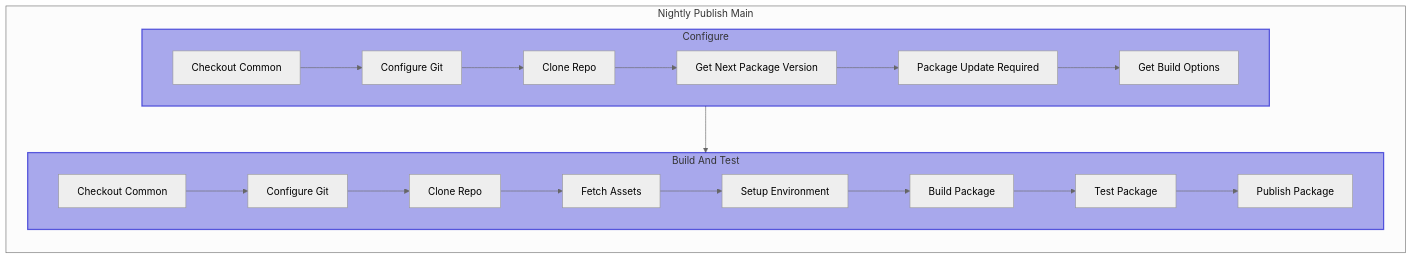
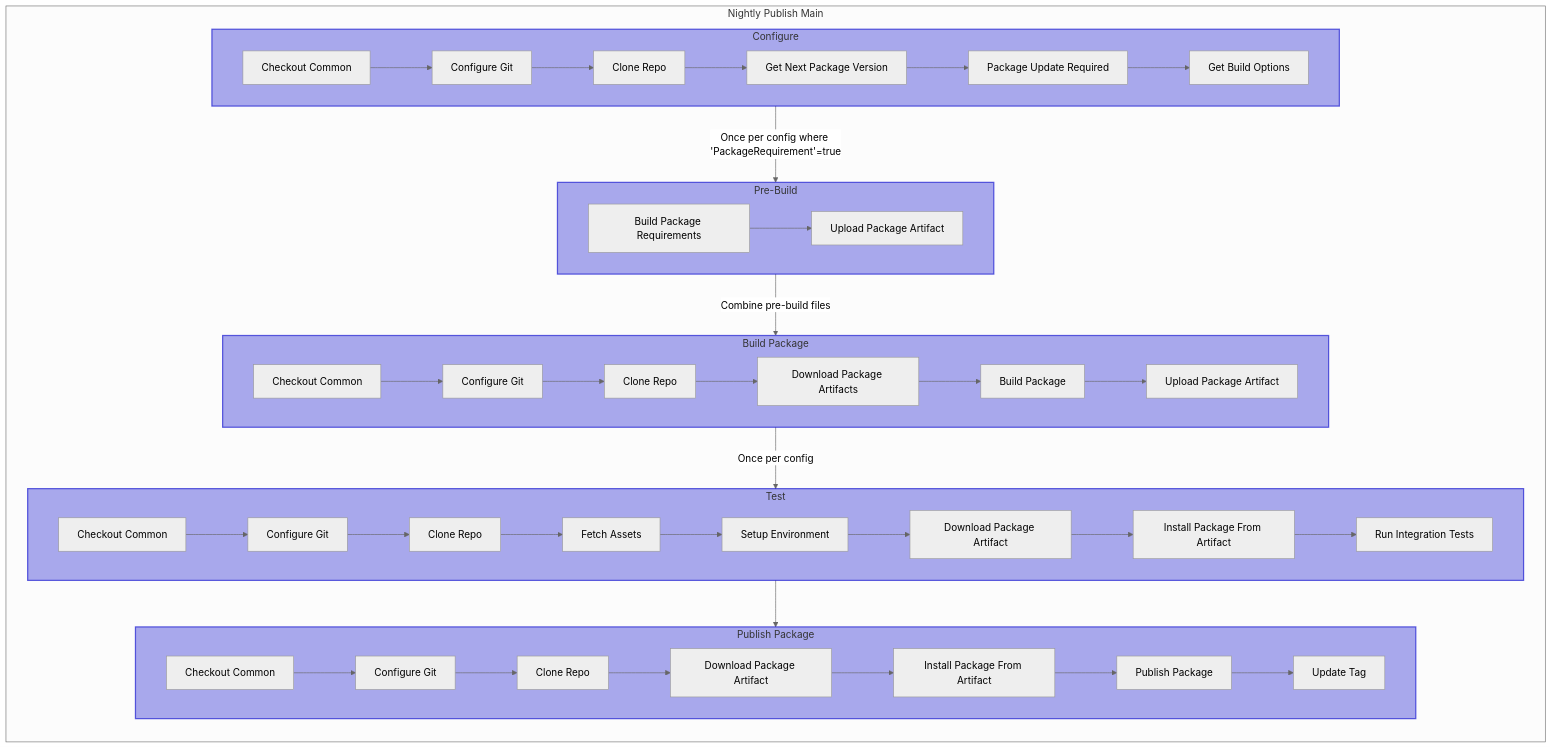
One commit to postindustria-tech/common-ci changed the first of 5 diagrams in README.md. Above: the diagram before and after it, drawn with Mermaid (neutral theme).

Commit message:
DOC: Updated flowchart for publish main workflow.

````diff
--- a/README.md
+++ b/README.md
@@ -37,34 +37,69 @@
 ``` mermaid
 flowchart LR;
 subgraph Nightly Publish Main
-  conf --> bat
+  conf -- Once per config where 'PackageRequirement'=true --> pbuild
+  pbuild -- Combine pre-build files --> build
+  build -- Once per config --> test
+  test --> pub
 end
 
 subgraph conf[Configure]
   direction LR
   style conf fill:#00C5,stroke:#00C9,stroke-width:2px;
   A[Checkout Common]
   B[Configure Git]
   C[Clone Repo]
   D[Get Next Package Version]
   E[Package Update Required]
   F[Get Build Options]
   A-->B-->C-->D-->E-->F
 end
 
-subgraph bat[Build And Test]
+subgraph pbuild[Pre-Build]
   direction LR
-  style bat fill:#00C5,stroke: #00C9,stroke-width:2px;
-  Z[Checkout Common]
-  Y[Configure Git]
-  X[Clone Repo]
-  W[Fetch Assets]
-  V[Setup Environment]
-  U[Build Package]
-  T[Test Package]
-  S[Publish Package]
-  Z-->Y-->X-->W-->V-->U-->T-->S
+  style pbuild fill:#00C5,stroke: #00C9,stroke-width:2px;
+  PB1[Build Package Requirements]
+  PB2[Upload Package Artifact]
+  PB1-->PB2
 end
 
+subgraph build[Build Package]
+  direction LR
+  style build fill:#00C5,stroke: #00C9,stroke-width:2px;
+  B1[Checkout Common]
+  B2[Configure Git]
+  B3[Clone Repo]
+  B4[Download Package Artifacts]
+  B5[Build Package]
+  B6[Upload Package Artifact]
+  B1-->B2-->B3-->B4-->B5-->B6
+end
+
+subgraph test[Test]
+  direction LR
+  style test fill:#00C5,stroke:#00C9,stroke-width:2px;
+  T1[Checkout Common]
+  T2[Configure Git]
+  T3[Clone Repo]
+  T4[Fetch Assets]
+  T5[Setup Environment]
+  T6[Download Package Artifact]
+  T7[Install Package From Artifact]
+  T8[Run Integration Tests]
+  T1-->T2-->T3-->T4-->T5-->T6-->T7-->T8
+end
+
+subgraph pub[Publish Package]
+  direction LR
+  style pub fill:#00C5,stroke:#00C9,stroke-width:2px;
+  P1[Checkout Common]
+  P2[Configure Git]
+  P3[Clone Repo]
+  P4[Download Package Artifact]
+  P5[Install Package From Artifact]
+  P6[Publish Package]
+  P7[Update Tag]
+  P1-->P2-->P3-->P4-->P5-->P6-->P7
+end
 
 ```
````
